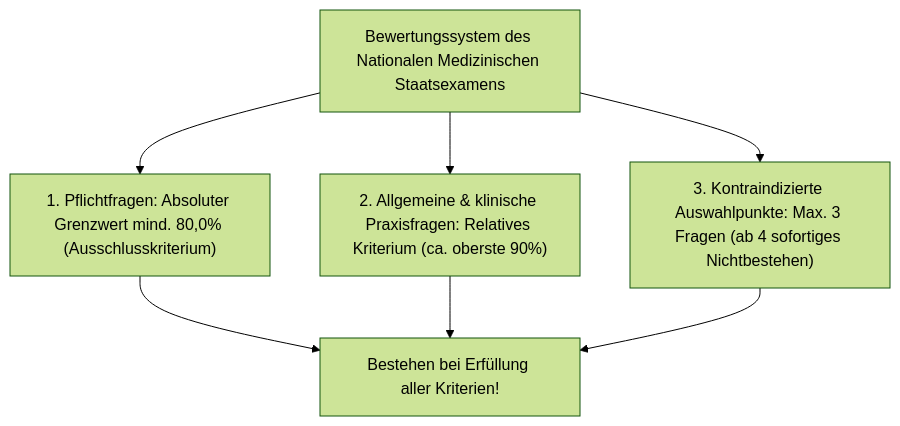
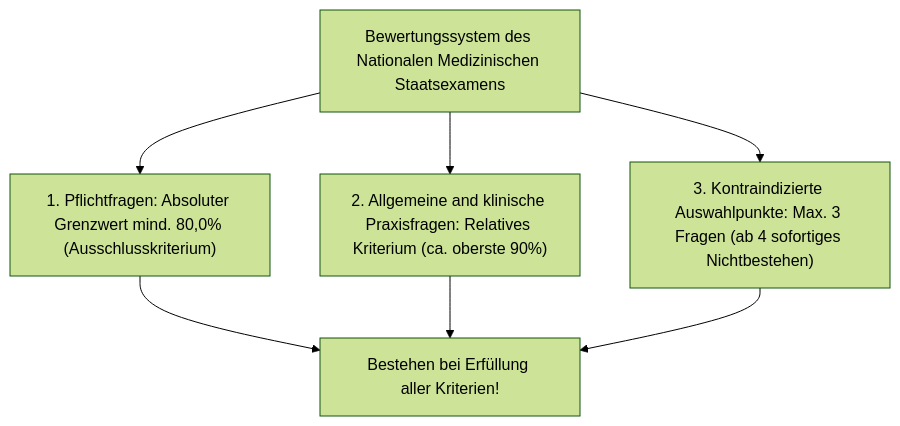
One commit to kenjinote/blog changed the third of 7 diagrams in content/post/medical-doctor-education-qualifications-specialties/index.de.md. Above: the diagram before and after it, drawn with Mermaid (forest theme). The commit also changed other lines of this file and 12 other files, not shown here.

Commit message:
fix(medical-doctor): resolve mermaid syntax error in subgraph and fix unrendered bold asterisks

````diff
--- a/content/post/medical-doctor-education-qualifications-specialties/index.de.md
+++ b/content/post/medical-doctor-education-qualifications-specialties/index.de.md
@@ -158,10 +158,10 @@
 ```mermaid
 flowchart TD
     SUBJ["Bewertungssystem des Nationalen Medizinischen Staatsexamens"]
     SUBJ --> C1["1. Pflichtfragen: Absoluter Grenzwert mind. 80,0% (Ausschlusskriterium)"]
-    SUBJ --> C2["2. Allgemeine & klinische Praxisfragen: Relatives Kriterium (ca. oberste 90%)"]
+    SUBJ --> C2["2. Allgemeine and klinische Praxisfragen: Relatives Kriterium (ca. oberste 90%)"]
     SUBJ --> C3["3. Kontraindizierte Auswahlpunkte: Max. 3 Fragen (ab 4 sofortiges Nichtbestehen)"]
     C1 --> PASS["Bestehen bei Erfüllung aller Kriterien!"]
     C2 --> PASS
     C3 --> PASS
 ```
````
